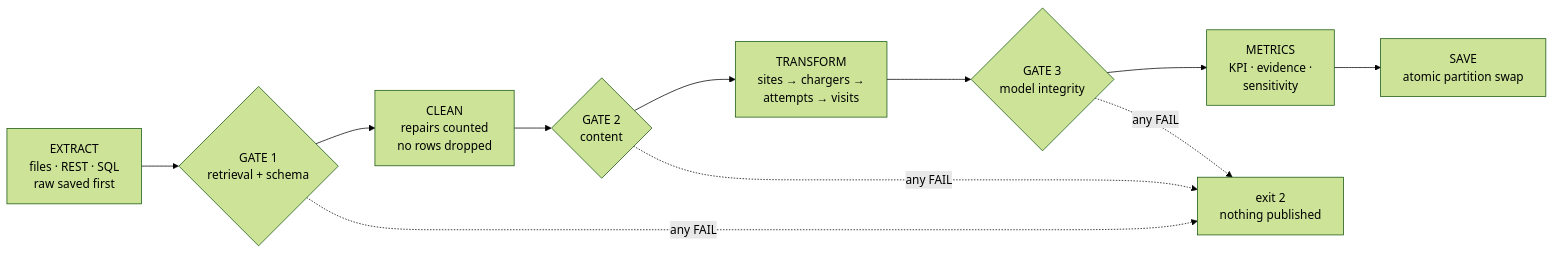
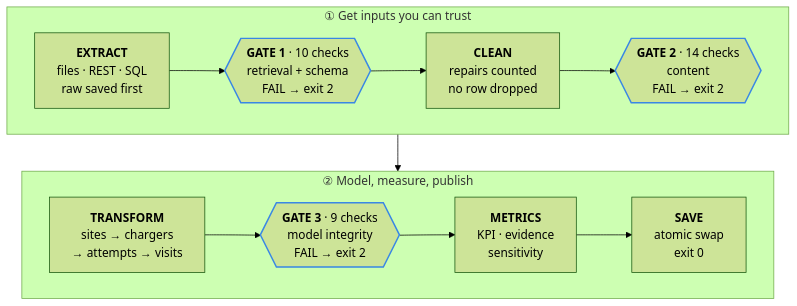
Before and after one commit to RatneshVaibhav/Voltra-Charging-Network: the sixth of 9 diagrams in README.md, drawn with Mermaid (forest theme). The commit also changed other lines of this file and 5 other files, not shown here.

First line of the commit message:
README: headline chart, 9 diagrams, every command with its real output; README-only demo script

````diff
--- a/README.md
+++ b/README.md
@@ -136,10 +264,18 @@
 ```mermaid
-flowchart LR
-  E["EXTRACT<br/>files · REST · SQL<br/>raw saved first"] --> G1{"GATE 1<br/>retrieval + schema"}
-  G1 --> C["CLEAN<br/>repairs counted<br/>no rows dropped"] --> G2{"GATE 2<br/>content"}
-  G2 --> T["TRANSFORM<br/>sites → chargers →<br/>attempts → visits"] --> G3{"GATE 3<br/>model integrity"}
-  G3 --> M["METRICS<br/>KPI · evidence ·<br/>sensitivity"] --> S["SAVE<br/>atomic partition swap"]
-  G1 -. any FAIL .-> X["exit 2<br/>nothing published"]
-  G2 -. any FAIL .-> X
-  G3 -. any FAIL .-> X
+flowchart TD
+  subgraph a["① Get inputs you can trust"]
+    direction LR
+    E["<b>EXTRACT</b><br/>files · REST · SQL<br/>raw saved first"] --> G1{{"<b>GATE 1</b> · 10 checks<br/>retrieval + schema<br/>FAIL → exit 2"}}
+    G1 --> C["<b>CLEAN</b><br/>repairs counted<br/>no row dropped"]
+    C --> G2{{"<b>GATE 2</b> · 14 checks<br/>content<br/>FAIL → exit 2"}}
+  end
+  subgraph b["② Model, measure, publish"]
+    direction LR
+    T["<b>TRANSFORM</b><br/>sites → chargers<br/>→ attempts → visits"] --> G3{{"<b>GATE 3</b> · 9 checks<br/>model integrity<br/>FAIL → exit 2"}}
+    G3 --> M["<b>METRICS</b><br/>KPI · evidence<br/>sensitivity"]
+    M --> S["<b>SAVE</b><br/>atomic swap<br/>exit 0"]
+  end
+  a --> b
+  classDef gate stroke:#3987e5,stroke-width:2px
+  class G1,G2,G3 gate
 ```
````
